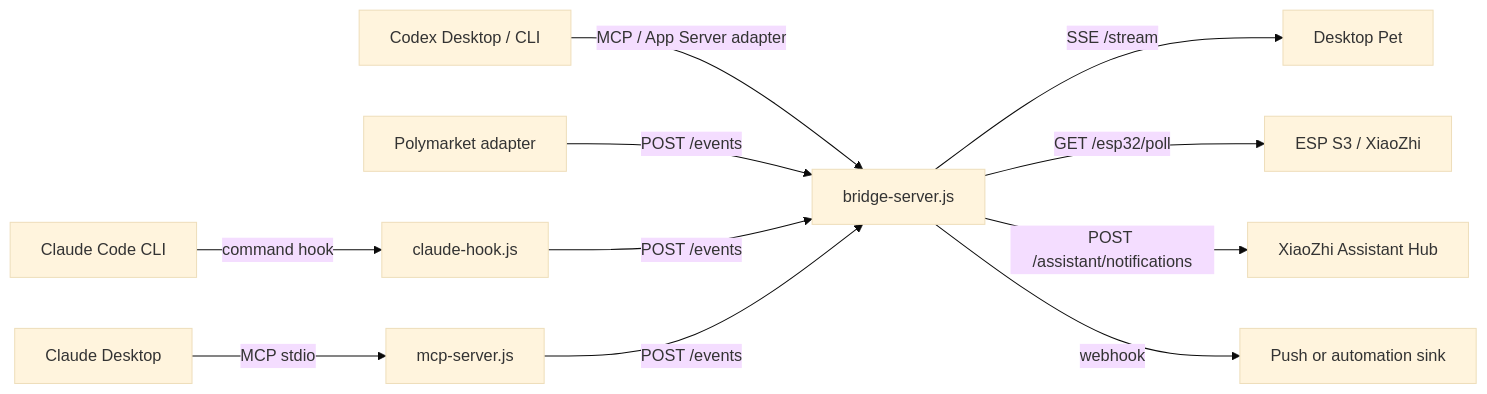
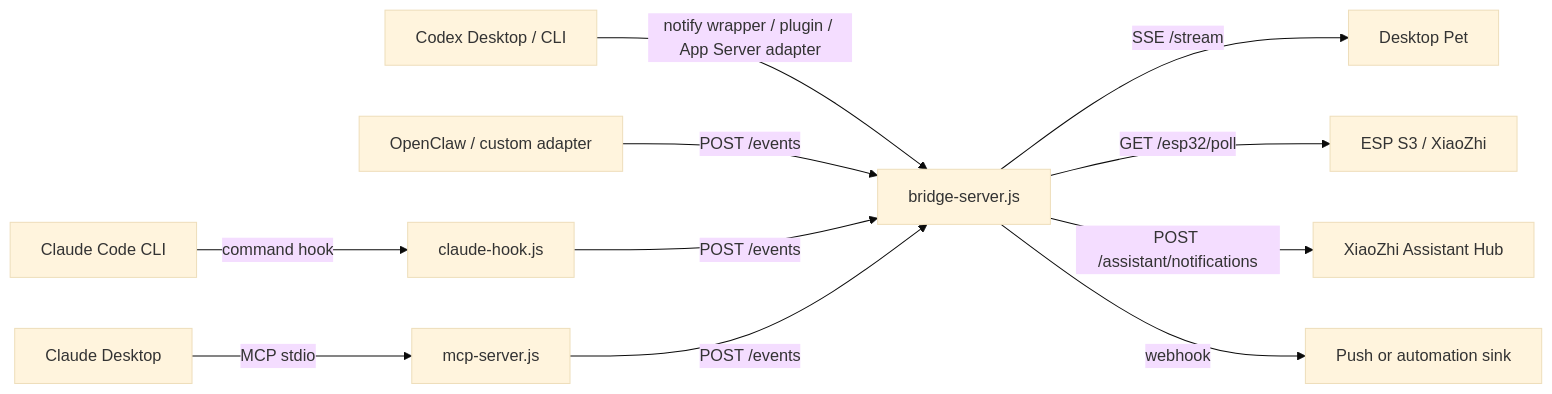
Before and after one commit to vcxzvfe/codex-pet-bridge: the diagram in docs/ARCHITECTURE.md, drawn with Mermaid (base theme). The commit also changed other lines of this file and 8 other files, not shown here.

````diff
--- a/docs/ARCHITECTURE.md
+++ b/docs/ARCHITECTURE.md
@@ -9,13 +9,13 @@
 ```mermaid
 flowchart LR
   ClaudeCode["Claude Code CLI"] -->|"command hook"| Hook["claude-hook.js"]
   ClaudeDesktop["Claude Desktop"] -->|"MCP stdio"| MCP["mcp-server.js"]
-  Codex["Codex Desktop / CLI"] -->|"MCP / App Server adapter"| Bridge["bridge-server.js"]
-  Polymarket["Polymarket adapter"] -->|"POST /events"| Bridge
+  Codex["Codex Desktop / CLI"] -->|"notify wrapper / plugin / App Server adapter"| Bridge["bridge-server.js"]
+  Custom["OpenClaw / custom adapter"] -->|"POST /events"| Bridge
   Hook -->|"POST /events"| Bridge
   MCP -->|"POST /events"| Bridge
   Bridge -->|"SSE /stream"| Pet["Desktop Pet"]
   Bridge -->|"GET /esp32/poll"| ESP["ESP S3 / XiaoZhi"]
   Bridge -->|"POST /assistant/notifications"| XiaoZhi["XiaoZhi Assistant Hub"]
   Bridge -->|"webhook"| Push["Push or automation sink"]
 ```
````
